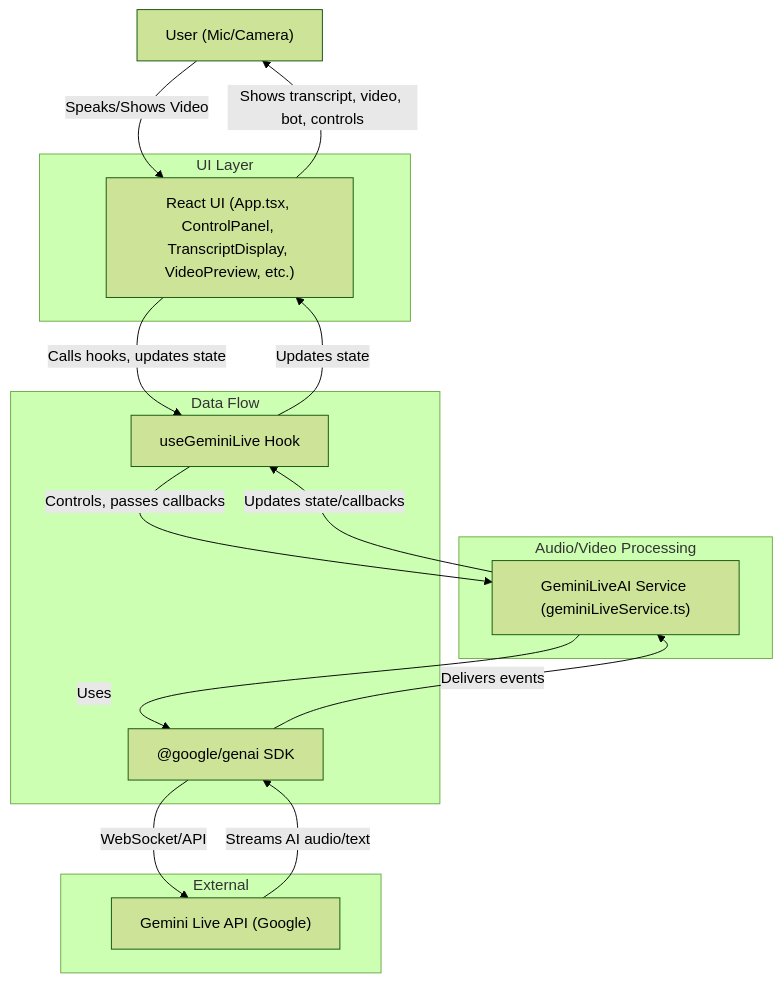
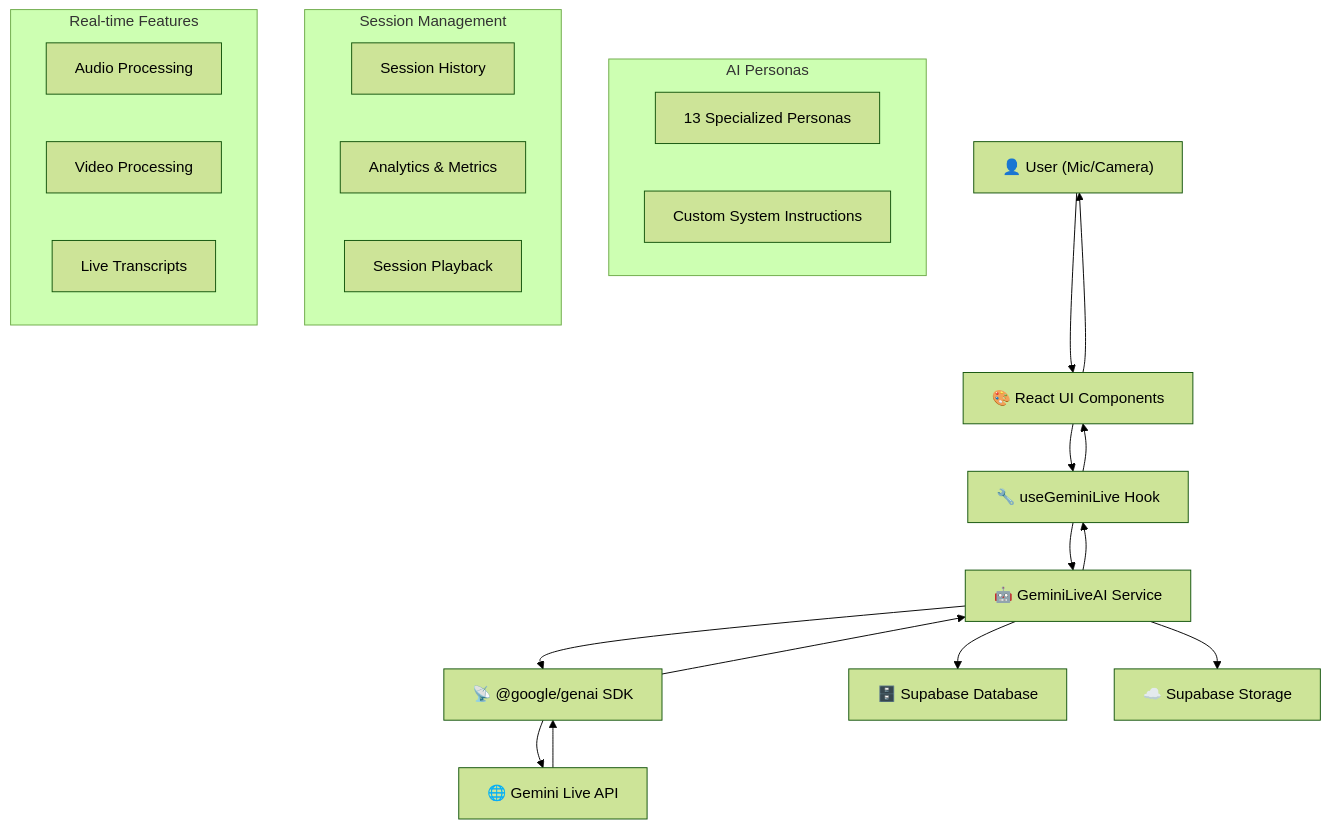
Before and after one commit to bantoinese83/Gemini-Live-Assistant: the diagram in README.md, drawn with Mermaid (forest theme). The commit also changed other lines of this file, not shown here.

````diff
--- a/README.md
+++ b/README.md
@@ -33,37 +60,42 @@
 ```mermaid
 flowchart TD
-  User["User (Mic/Camera)"]
-  UI["React UI (App.tsx, ControlPanel, TranscriptDisplay, VideoPreview, etc.)"]
-  useGeminiLive["useGeminiLive Hook"]
-  GeminiLiveAI["GeminiLiveAI Service (geminiLiveService.ts)"]
-  GoogleGenAI["@google/genai SDK"]
-  GeminiAPI["Gemini Live API (Google)"]
+  User["👤 User (Mic/Camera)"]
+  UI["🎨 React UI Components"]
+  useGeminiLive["🔧 useGeminiLive Hook"]
+  GeminiLiveAI["🤖 GeminiLiveAI Service"]
+  GoogleGenAI["📡 @google/genai SDK"]
+  GeminiAPI["🌐 Gemini Live API"]
+  Supabase["🗄️ Supabase Database"]
+  Storage["☁️ Supabase Storage"]
 
-  User -- Speaks/Shows Video --> UI
-  UI -- Calls hooks, updates state --> useGeminiLive
-  useGeminiLive -- Controls, passes callbacks --> GeminiLiveAI
-  GeminiLiveAI -- Uses --> GoogleGenAI
-  GoogleGenAI -- WebSocket/API --> GeminiAPI
-  GeminiAPI -- Streams AI audio/text --> GoogleGenAI
-  GoogleGenAI -- Delivers events --> GeminiLiveAI
-  GeminiLiveAI -- Updates state/callbacks --> useGeminiLive
-  useGeminiLive -- Updates state --> UI
-  UI -- Shows transcript, video, bot, controls --> User
+  User --> UI
+  UI --> useGeminiLive
+  useGeminiLive --> GeminiLiveAI
+  GeminiLiveAI --> GoogleGenAI
+  GoogleGenAI --> GeminiAPI
+  GeminiAPI --> GoogleGenAI
+  GoogleGenAI --> GeminiLiveAI
+  GeminiLiveAI --> useGeminiLive
+  useGeminiLive --> UI
+  UI --> User
 
-  subgraph Audio/Video Processing
-    GeminiLiveAI
+  GeminiLiveAI --> Supabase
+  GeminiLiveAI --> Storage
+
+  subgraph "AI Personas"
+    Personas["13 Specialized Personas"]
+    SystemInstructions["Custom System Instructions"]
   end
 
-  subgraph UI Layer
-    UI
+  subgraph "Session Management"
+    SessionHistory["Session History"]
+    Analytics["Analytics & Metrics"]
+    Playback["Session Playback"]
   end
 
-  subgraph Data Flow
-    useGeminiLive
-    GoogleGenAI
-  end
-
-  subgraph External
-    GeminiAPI
+  subgraph "Real-time Features"
+    AudioProcessing["Audio Processing"]
+    VideoProcessing["Video Processing"]
+    Transcripts["Live Transcripts"]
   end
 ```
````
